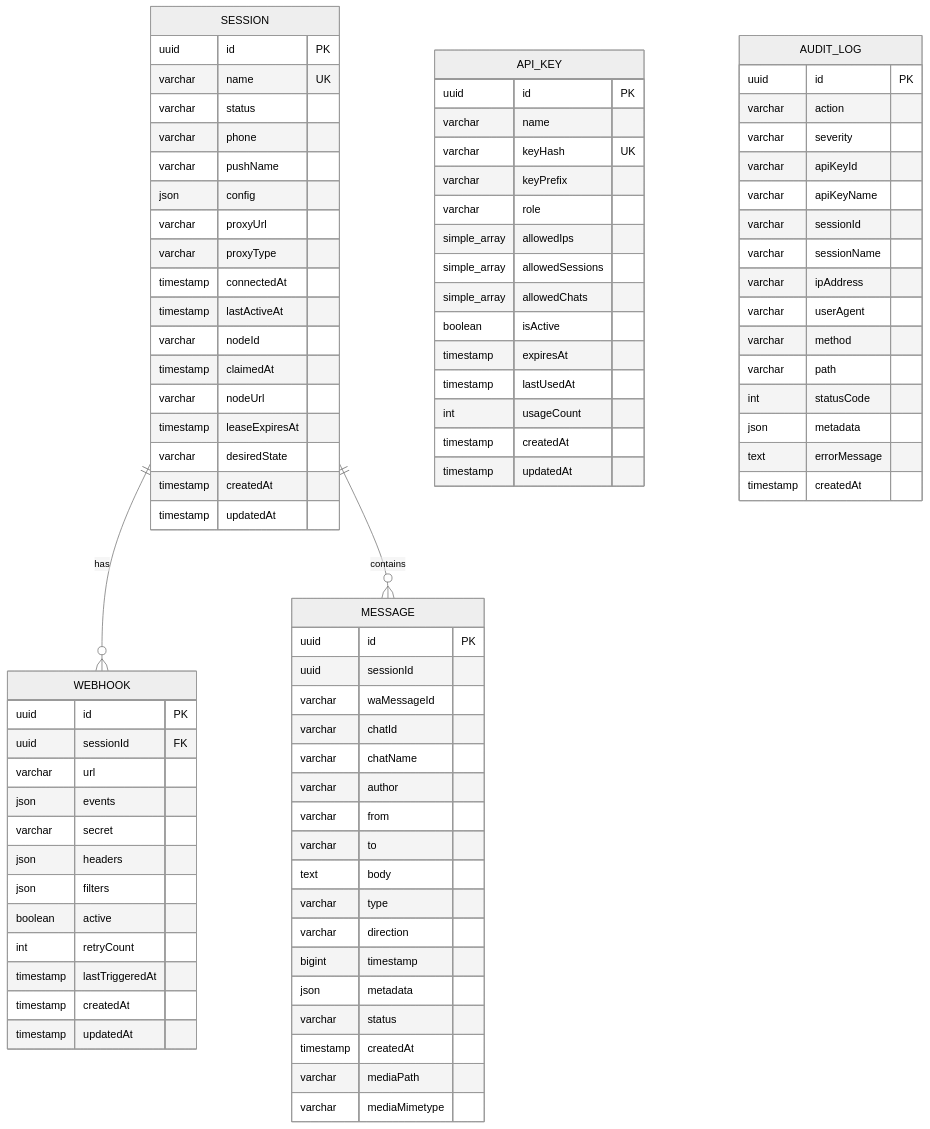
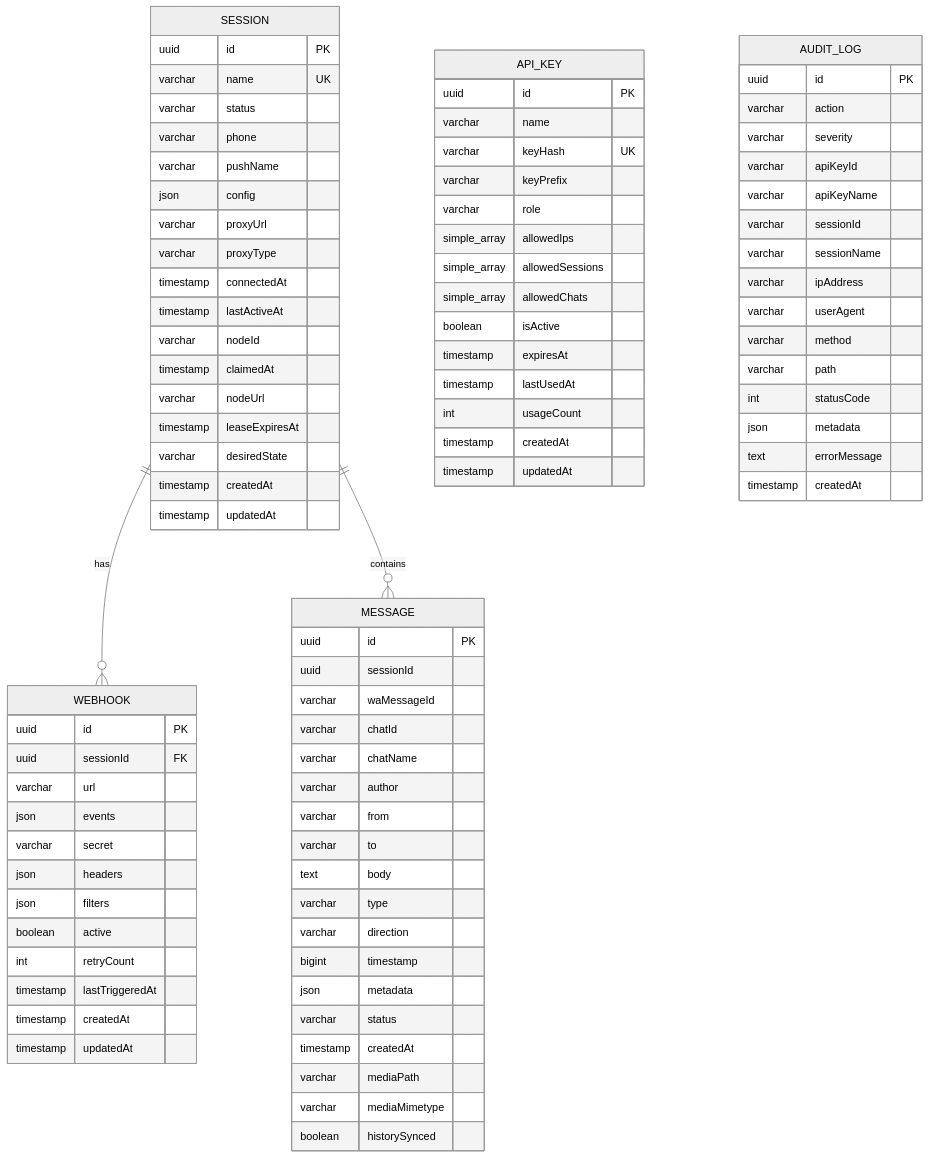
One commit to MangelSP/OpenWA changed the first of 4 diagrams in docs/05-database-design.md. Above: the diagram before and after it, drawn with Mermaid (neutral theme). The commit also changed other lines of this file and 10 other files, not shown here.

```diff
--- a/docs/05-database-design.md
+++ b/docs/05-database-design.md
@@ -268,6 +268,7 @@
         timestamp createdAt
         varchar mediaPath
         varchar mediaMimetype
+        boolean historySynced
     }
 
     API_KEY {
```
